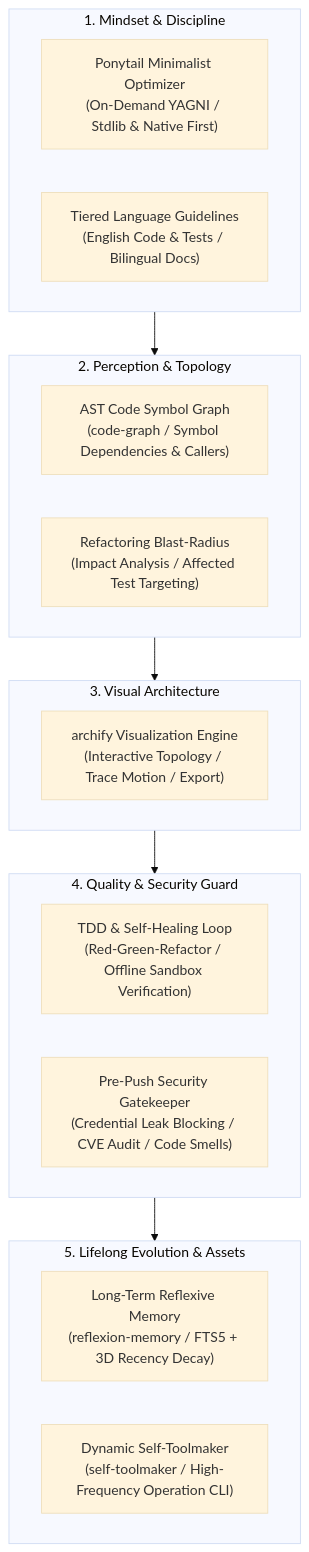
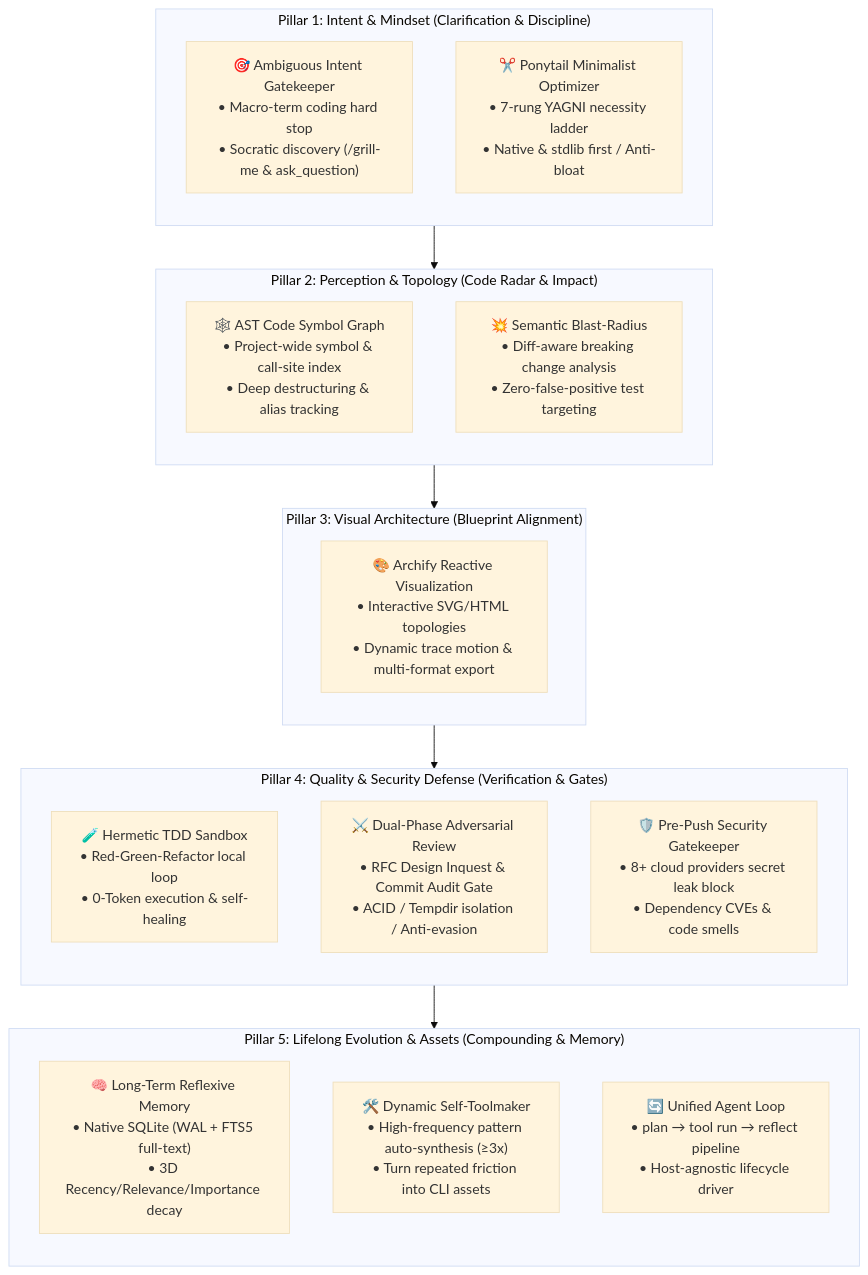
Before and after one commit to kyledeveloper/my-first-ai-agent: the diagram in README.md, drawn with Mermaid (base theme). The commit also changed other lines of this file and 1 other file, not shown here.

Commit message:
docs: rewrite README with 5-pillar capability matrix and high-impact positioning

````diff
--- a/README.md
+++ b/README.md
@@ -35,31 +63,38 @@
 ```mermaid
-flowchart TB
-    subgraph P1["1. Mindset & Discipline"]
-        PT["Ponytail Minimalist Optimizer<br>(On-Demand YAGNI / Stdlib & Native First)"]
-        LP["Tiered Language Guidelines<br>(English Code & Tests / Bilingual Docs)"]
+flowchart TD
+    subgraph P1[" Pillar 1: Intent & Mindset (Clarification & Discipline) "]
+        direction TB
+        CLARIFY["🎯 Ambiguous Intent Gatekeeper<br>• Macro-term coding hard stop<br>• Socratic discovery (/grill-me & ask_question)"]
+        PONYTAIL["✂️ Ponytail Minimalist Optimizer<br>• 7-rung YAGNI necessity ladder<br>• Native & stdlib first / Anti-bloat"]
     end
 
-    subgraph P2["2. Perception & Topology"]
-        CG["AST Code Symbol Graph<br>(code-graph / Symbol Dependencies & Callers)"]
-        BR["Refactoring Blast-Radius<br>(Impact Analysis / Affected Test Targeting)"]
+    subgraph P2[" Pillar 2: Perception & Topology (Code Radar & Impact) "]
+        direction TB
+        GRAPH["🕸️ AST Code Symbol Graph<br>• Project-wide symbol & call-site index<br>• Deep destructuring & alias tracking"]
+        BLAST["💥 Semantic Blast-Radius<br>• Diff-aware breaking change analysis<br>• Zero-false-positive test targeting"]
     end
 
-    subgraph P3["3. Visual Architecture"]
-        ARCH["archify Visualization Engine<br>(Interactive Topology / Trace Motion / Export)"]
+    subgraph P3[" Pillar 3: Visual Architecture (Blueprint Alignment) "]
+        direction TB
+        ARCHIFY["🎨 Archify Reactive Visualization<br>• Interactive SVG/HTML topologies<br>• Dynamic trace motion & multi-format export"]
     end
 
-    subgraph P4["4. Quality & Security Guard"]
-        TDD["TDD & Self-Healing Loop<br>(Red-Green-Refactor / Offline Sandbox Verification)"]
-        SEC["Pre-Push Security Gatekeeper<br>(Credential Leak Blocking / CVE Audit / Code Smells)"]
+    subgraph P4[" Pillar 4: Quality & Security Defense (Verification & Gates) "]
+        direction TB
+        TDD["🧪 Hermetic TDD Sandbox<br>• Red-Green-Refactor local loop<br>• 0-Token execution & self-healing"]
+        ADVERSARY["⚔️ Dual-Phase Adversarial Review<br>• RFC Design Inquest & Commit Audit Gate<br>• ACID / Tempdir isolation / Anti-evasion"]
+        GATEKEEPER["🛡️ Pre-Push Security Gatekeeper<br>• 8+ cloud providers secret leak block<br>• Dependency CVEs & code smells"]
     end
 
-    subgraph P5["5. Lifelong Evolution & Assets"]
-        MEM["Long-Term Reflexive Memory<br>(reflexion-memory / FTS5 + 3D Recency Decay)"]
-        STM["Dynamic Self-Toolmaker<br>(self-toolmaker / High-Frequency Operation CLI)"]
+    subgraph P5[" Pillar 5: Lifelong Evolution & Assets (Compounding & Memory) "]
+        direction TB
+        MEMORY["🧠 Long-Term Reflexive Memory<br>• Native SQLite (WAL + FTS5 full-text)<br>• 3D Recency/Relevance/Importance decay"]
+        TOOLMAKER["🛠️ Dynamic Self-Toolmaker<br>• High-frequency pattern auto-synthesis (≥3x)<br>• Turn repeated friction into CLI assets"]
+        LOOP["🔄 Unified Agent Loop<br>• plan → tool run → reflect pipeline<br>• Host-agnostic lifecycle driver"]
     end
 
     P1 --> P2
     P2 --> P3
     P3 --> P4
     P4 --> P5
 ```
````
